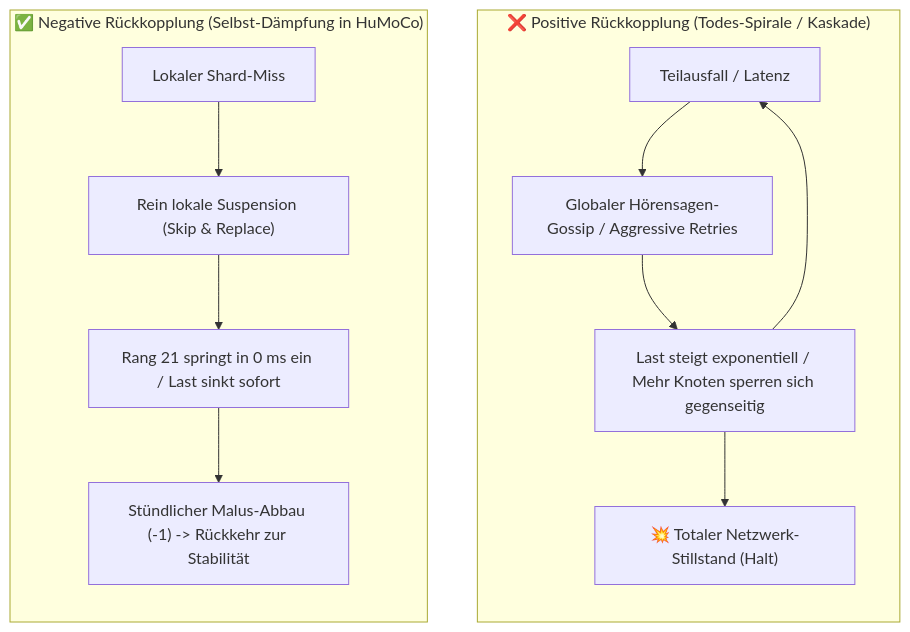
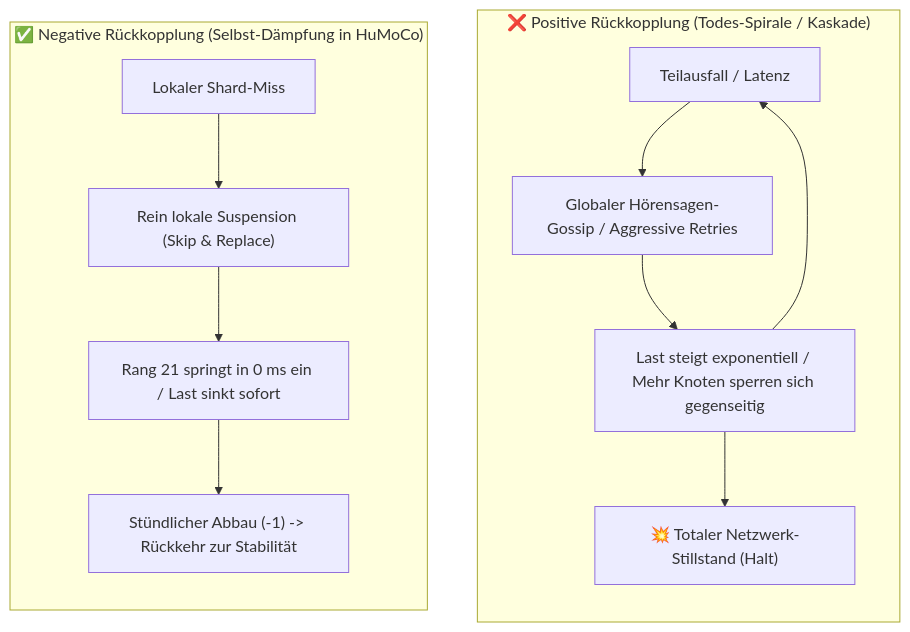
The diagram in docs/19_rueckkopplungs_dynamik_und_historische_p2p_postmortems.md (minutogit/human-money-node), drawn with Mermaid before and after one commit. The commit also changed other lines of this file and 27 other files, not shown here.

````diff
--- a/docs/19_rueckkopplungs_dynamik_und_historische_p2p_postmortems.md
+++ b/docs/19_rueckkopplungs_dynamik_und_historische_p2p_postmortems.md
@@ -14,17 +14,17 @@
 ```mermaid
 flowchart TD
     subgraph DeathSpiral["❌ Positive Rückkopplung (Todes-Spirale / Kaskade)"]
         direction TB
         F1["Teilausfall / Latenz"] --> G1["Globaler Hörensagen-Gossip / Aggressive Retries"]
         G1 --> A1["Last steigt exponentiell / Mehr Knoten sperren sich gegenseitig"]
         A1 --> F1
         A1 --> Collapse["💥 Totaler Netzwerk-Stillstand (Halt)"]
     end
 
     subgraph StableLoop["✅ Negative Rückkopplung (Selbst-Dämpfung in HuMoCo)"]
         direction TB
         F2["Lokaler Shard-Miss"] --> G2["Rein lokale Suspension (Skip & Replace)"]
         G2 --> A2["Rang 21 springt in 0 ms ein / Last sinkt sofort"]
-        A2 --> Heal["Stündlicher Malus-Abbau (-1) -> Rückkehr zur Stabilität"]
+        A2 --> Heal["Stündlicher Abbau (-1) -> Rückkehr zur Stabilität"]
     end
 ```
````
